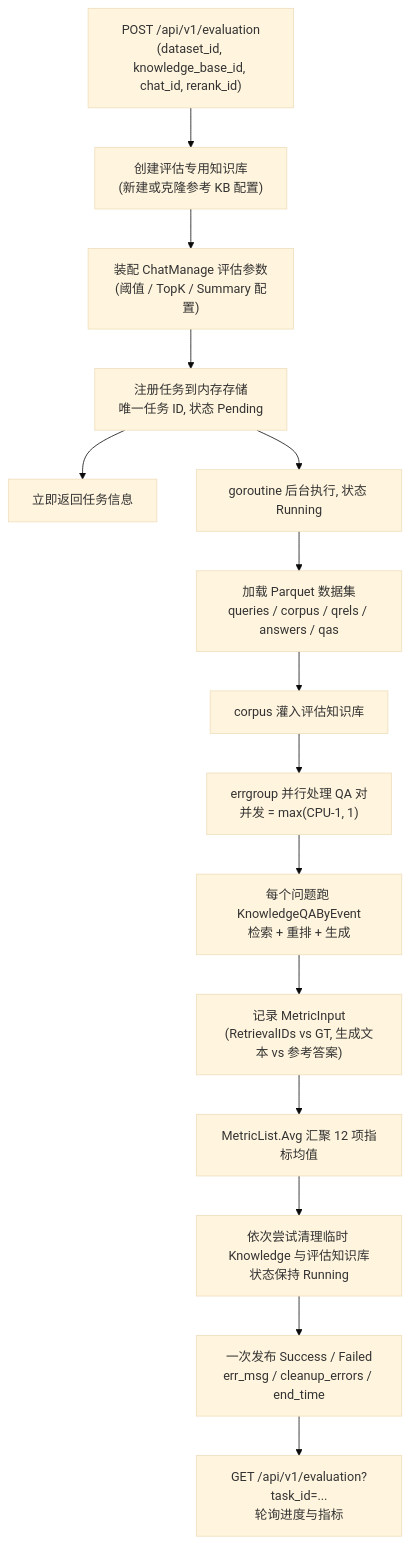
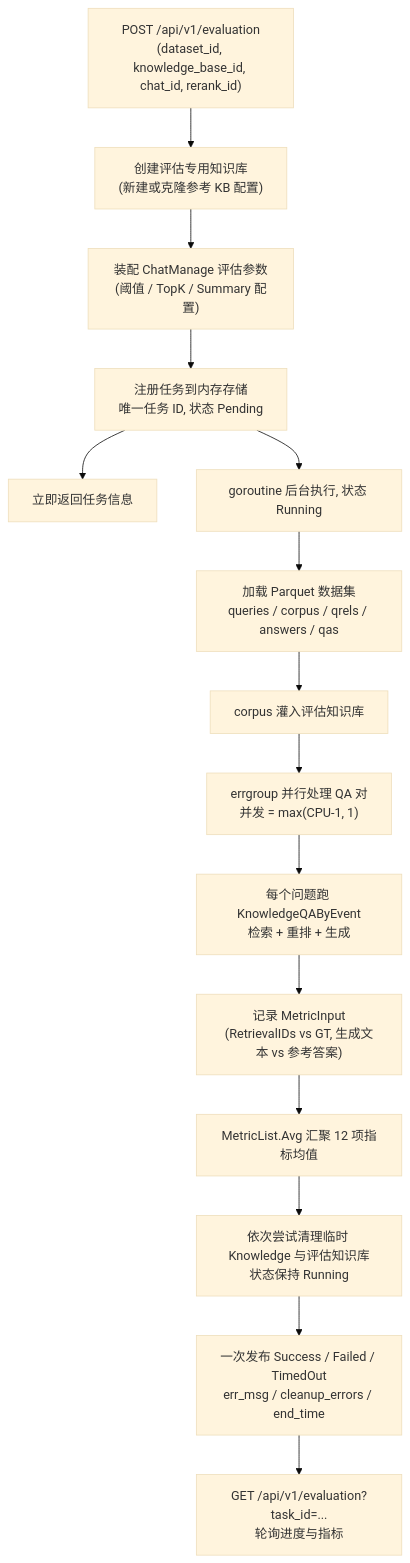
The diagram in website-docs/03-features/15-evaluation.md (Aokiuuz/WeKnora), drawn with Mermaid (base theme) before and after one commit. The commit also changed other lines of this file and 11 other files, not shown here.

````diff
--- a/website-docs/03-features/15-evaluation.md
+++ b/website-docs/03-features/15-evaluation.md
@@ -131,17 +161,17 @@
 ```mermaid
 flowchart TD
     A["POST /api/v1/evaluation<br/>(dataset_id, knowledge_base_id, chat_id, rerank_id)"] --> B["创建评估专用知识库<br/>(新建或克隆参考 KB 配置)"]
     B --> C["装配 ChatManage 评估参数<br/>(阈值 / TopK / Summary 配置)"]
     C --> D["注册任务到内存存储<br/>唯一任务 ID, 状态 Pending"]
     D --> E["立即返回任务信息"]
     D --> F["goroutine 后台执行, 状态 Running"]
     F --> G["加载 Parquet 数据集<br/>queries / corpus / qrels / answers / qas"]
     G --> H["corpus 灌入评估知识库"]
     H --> I["errgroup 并行处理 QA 对<br/>并发 = max(CPU-1, 1)"]
     I --> J["每个问题跑 KnowledgeQAByEvent<br/>检索 + 重排 + 生成"]
     J --> K["记录 MetricInput<br/>(RetrievalIDs vs GT, 生成文本 vs 参考答案)"]
     K --> L["MetricList.Avg 汇聚 12 项指标均值"]
     L --> M["依次尝试清理临时 Knowledge 与评估知识库<br/>状态保持 Running"]
-    M --> O["一次发布 Success / Failed<br/>err_msg / cleanup_errors / end_time"]
+    M --> O["一次发布 Success / Failed / TimedOut<br/>err_msg / cleanup_errors / end_time"]
     O --> N["GET /api/v1/evaluation?task_id=...<br/>轮询进度与指标"]
 ```
````
